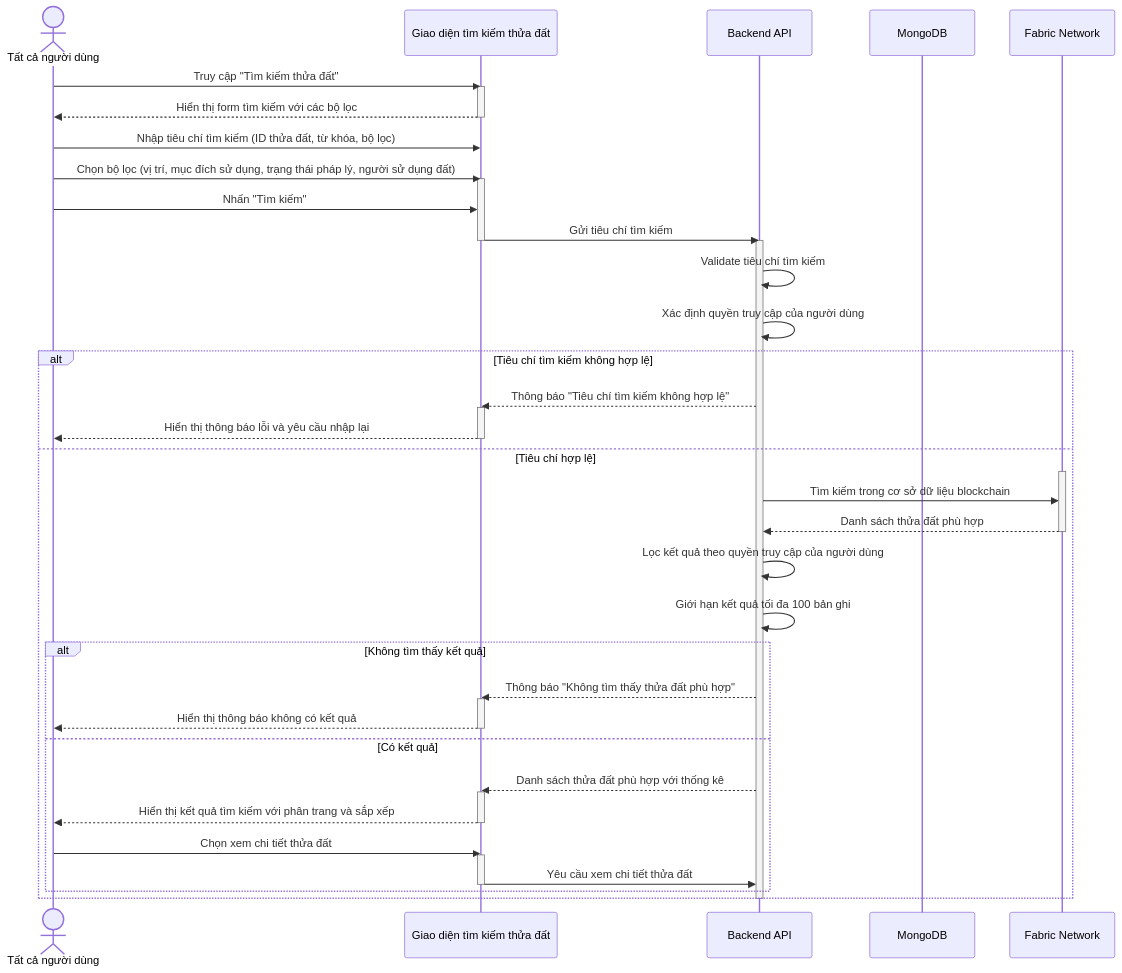
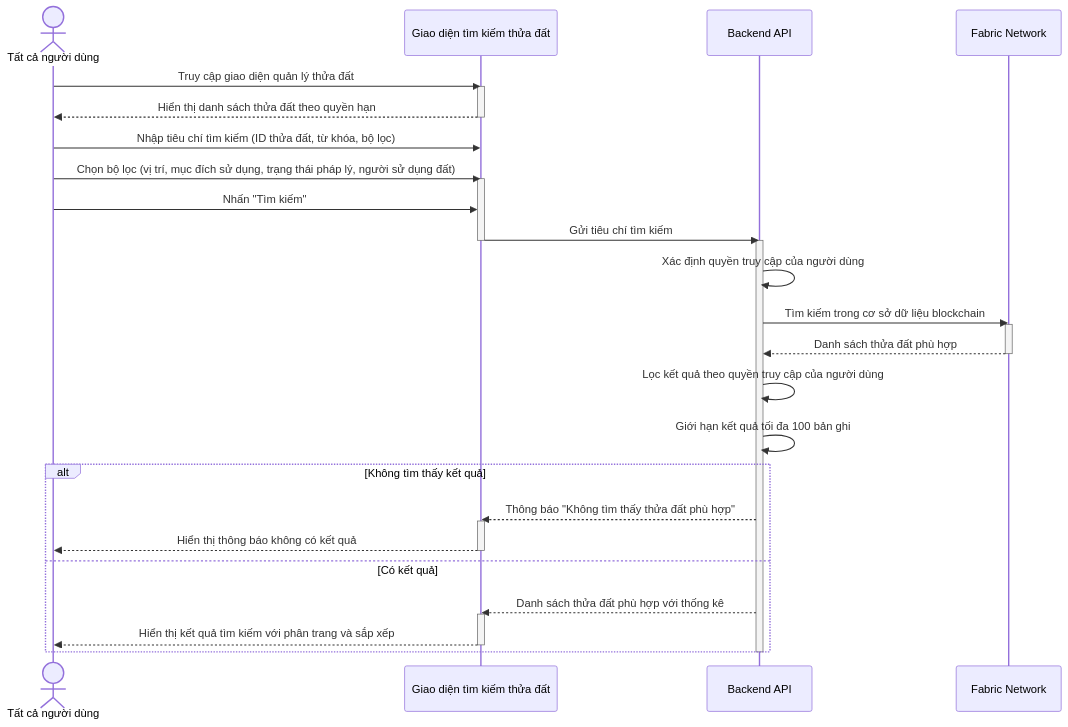
Before and after one commit to Thienpkae/DATN: diagram 11 of 39 in Complete_Use_Case_Sequence_Diagrams.md, drawn with Mermaid. The commit also changed other lines of this file and 50 other files, not shown here.

````diff
--- a/Complete_Use_Case_Sequence_Diagrams.md
+++ b/Complete_Use_Case_Sequence_Diagrams.md
@@ -962,58 +821,45 @@
 ```mermaid
 sequenceDiagram
     actor User as Tất cả người dùng
     participant UI as Giao diện tìm kiếm thửa đất
     participant API as Backend API
-    participant DB as MongoDB
     participant Blockchain as Fabric Network
 
-    User ->> UI: Truy cập "Tìm kiếm thửa đất"
+    User ->> UI: Truy cập giao diện quản lý thửa đất
     activate UI
-    UI -->> User: Hiển thị form tìm kiếm với các bộ lọc
+    UI -->> User: Hiển thị danh sách thửa đất theo quyền hạn
     deactivate UI
 
     User ->> UI: Nhập tiêu chí tìm kiếm (ID thửa đất, từ khóa, bộ lọc)
     User ->> UI: Chọn bộ lọc (vị trí, mục đích sử dụng, trạng thái pháp lý, người sử dụng đất)
     activate UI
     User ->> UI: Nhấn "Tìm kiếm"
     UI ->> API: Gửi tiêu chí tìm kiếm
     deactivate UI
 
     activate API
-    API ->> API: Validate tiêu chí tìm kiếm
     API ->> API: Xác định quyền truy cập của người dùng
 
-    alt Tiêu chí tìm kiếm không hợp lệ
-        API -->> UI: Thông báo "Tiêu chí tìm kiếm không hợp lệ"
+    API ->> Blockchain: Tìm kiếm trong cơ sở dữ liệu blockchain
+    activate Blockchain
+    Blockchain -->> API: Danh sách thửa đất phù hợp
+    deactivate Blockchain
+
+    API ->> API: Lọc kết quả theo quyền truy cập của người dùng
+    API ->> API: Giới hạn kết quả tối đa 100 bản ghi
+
+    alt Không tìm thấy kết quả
+        API -->> UI: Thông báo "Không tìm thấy thửa đất phù hợp"
         activate UI
-        UI -->> User: Hiển thị thông báo lỗi và yêu cầu nhập lại
+        UI -->> User: Hiển thị thông báo không có kết quả
         deactivate UI
-    else Tiêu chí hợp lệ
-        activate Blockchain
-        API ->> Blockchain: Tìm kiếm trong cơ sở dữ liệu blockchain
-        Blockchain -->> API: Danh sách thửa đất phù hợp
-        deactivate Blockchain
-
-        API ->> API: Lọc kết quả theo quyền truy cập của người dùng
-        API ->> API: Giới hạn kết quả tối đa 100 bản ghi
-
-        alt Không tìm thấy kết quả
-            API -->> UI: Thông báo "Không tìm thấy thửa đất phù hợp"
-            activate UI
-            UI -->> User: Hiển thị thông báo không có kết quả
-            deactivate UI
-        else Có kết quả
-            API -->> UI: Danh sách thửa đất phù hợp với thống kê
-            activate UI
-            UI -->> User: Hiển thị kết quả tìm kiếm với phân trang và sắp xếp
-            deactivate UI
-
-            User ->> UI: Chọn xem chi tiết thửa đất
-            activate UI
-            UI ->> API: Yêu cầu xem chi tiết thửa đất
-            deactivate UI
-        end
+    else Có kết quả
+        API -->> UI: Danh sách thửa đất phù hợp với thống kê
+        activate UI
+        UI -->> User: Hiển thị kết quả tìm kiếm với phân trang và sắp xếp
+        deactivate UI
     end
 
     deactivate API
+
 ```
````
